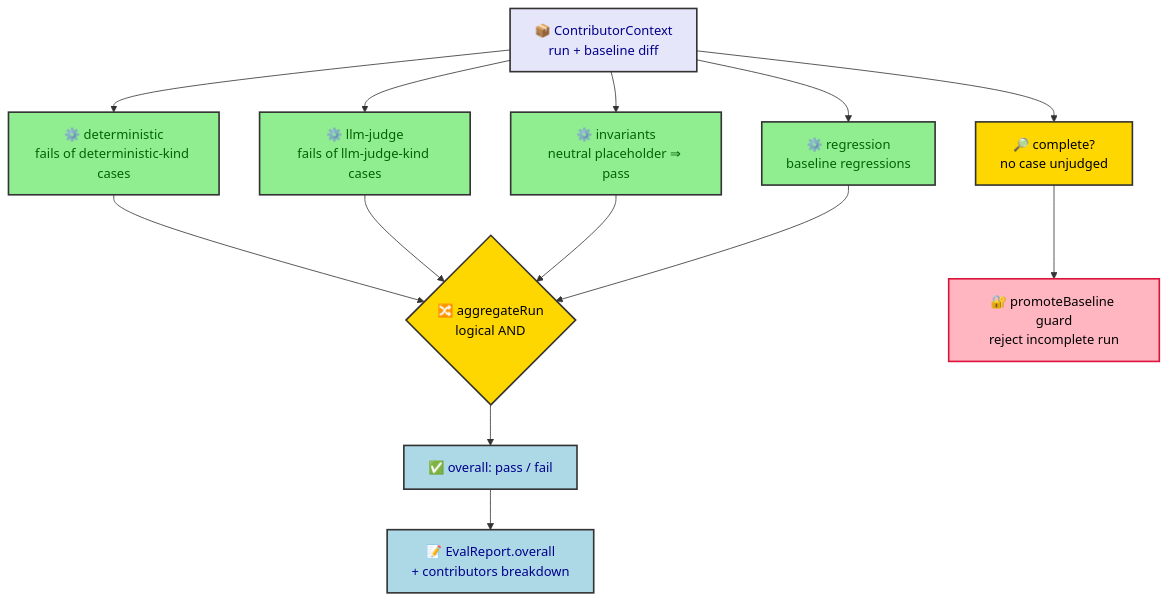
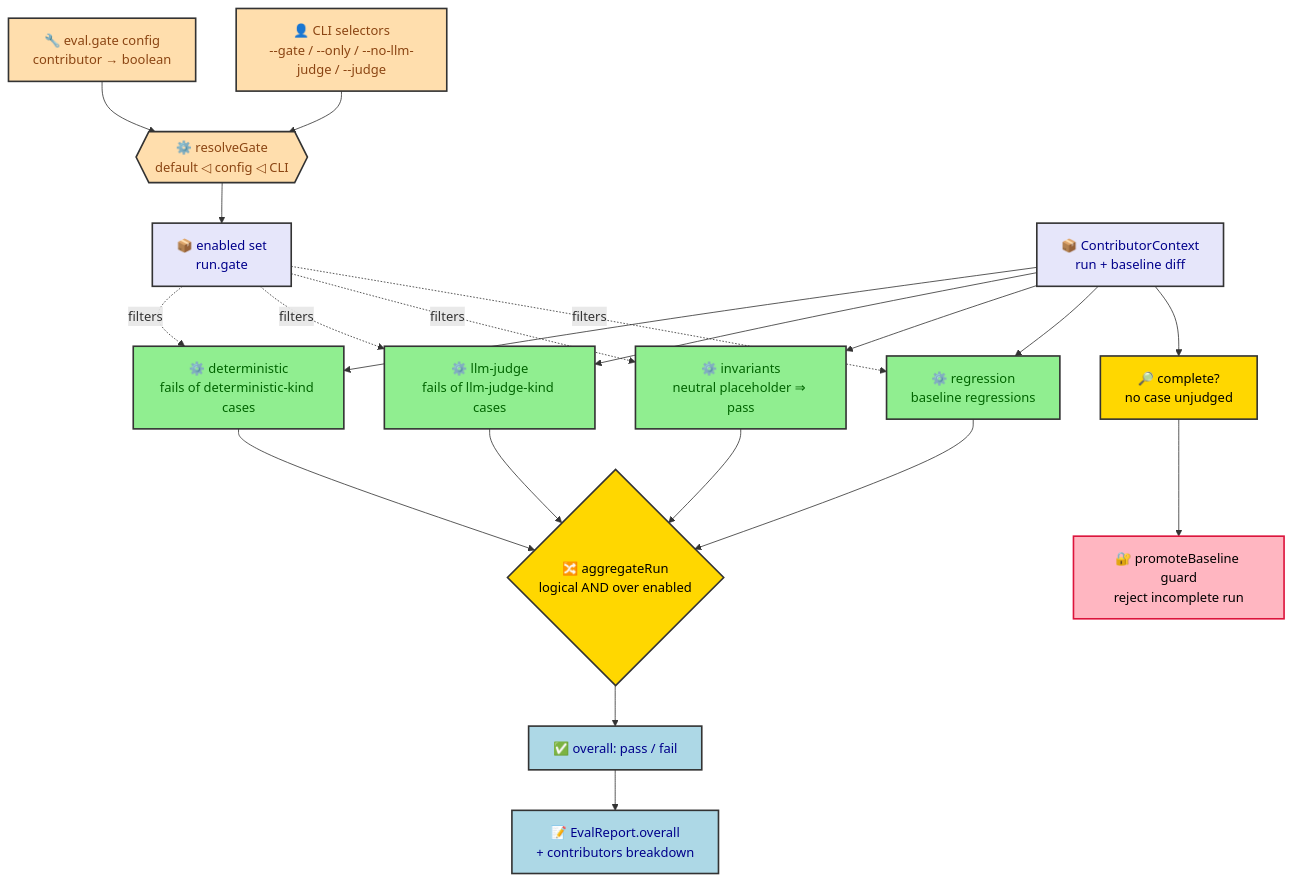
The diagram in docs/eval-verdict-aggregation.md (joctaTorres/ratchet), drawn with Mermaid before and after one commit. The commit also changed other lines of this file and 23 other files, not shown here.

First line of the commit message:
feat(eval): configurable contributor gate (eval.gate + CLI selectors)

````diff
--- a/docs/eval-verdict-aggregation.md
+++ b/docs/eval-verdict-aggregation.md
@@ -17,32 +17,46 @@
 ```mermaid
 flowchart TD
+    CFG[🔧 eval.gate config<br/>contributor → boolean]
+    CLI[👤 CLI selectors<br/>--gate / --only / --no-llm-judge / --judge]
+    GATE{{⚙️ resolveGate<br/>default ◁ config ◁ CLI}}
+    CFG --> GATE
+    CLI --> GATE
+    GATE --> ENABLED[📦 enabled set<br/>run.gate]
+
     CTX[📦 ContributorContext<br/>run + baseline diff]
 
     CTX --> DET[⚙️ deterministic<br/>fails of deterministic-kind cases]
     CTX --> LLM[⚙️ llm-judge<br/>fails of llm-judge-kind cases]
     CTX --> INV[⚙️ invariants<br/>neutral placeholder ⇒ pass]
     CTX --> REG[⚙️ regression<br/>baseline regressions]
 
-    DET --> AND{🔀 aggregateRun<br/>logical AND}
+    ENABLED -. filters .-> DET
+    ENABLED -. filters .-> LLM
+    ENABLED -. filters .-> INV
+    ENABLED -. filters .-> REG
+
+    DET --> AND{🔀 aggregateRun<br/>logical AND over enabled}
     LLM --> AND
     INV --> AND
     REG --> AND
 
     AND --> OVERALL[✅ overall: pass / fail]
     CTX --> COMPLETE[🔎 complete?<br/>no case unjudged]
 
     OVERALL --> REPORT[📝 EvalReport.overall<br/>+ contributors breakdown]
     COMPLETE --> GUARD[🔐 promoteBaseline guard<br/>reject incomplete run]
 
     classDef input    fill:#E6E6FA,stroke:#333,stroke-width:2px,color:darkblue
+    classDef select   fill:#FFDEAD,stroke:#333,stroke-width:2px,color:saddlebrown
     classDef contrib  fill:#90EE90,stroke:#333,stroke-width:2px,color:darkgreen
     classDef core     fill:#FFD700,stroke:#333,stroke-width:2px,color:black
     classDef sink     fill:#ADD8E6,stroke:#333,stroke-width:2px,color:darkblue
     classDef guard    fill:#FFB6C1,stroke:#DC143C,stroke-width:2px,color:black
 
-    class CTX input
+    class CTX,ENABLED input
+    class CFG,CLI,GATE select
     class DET,LLM,INV,REG contrib
     class AND,COMPLETE core
     class OVERALL,REPORT sink
     class GUARD guard
 ```
````
